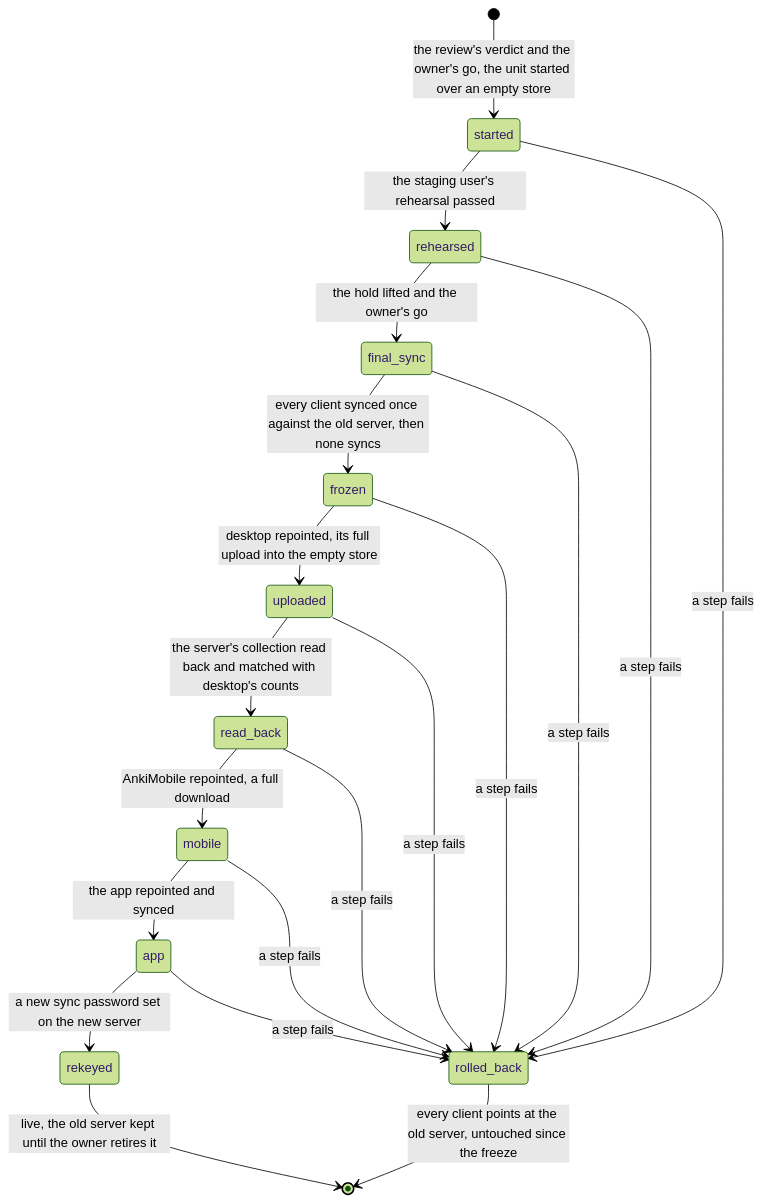
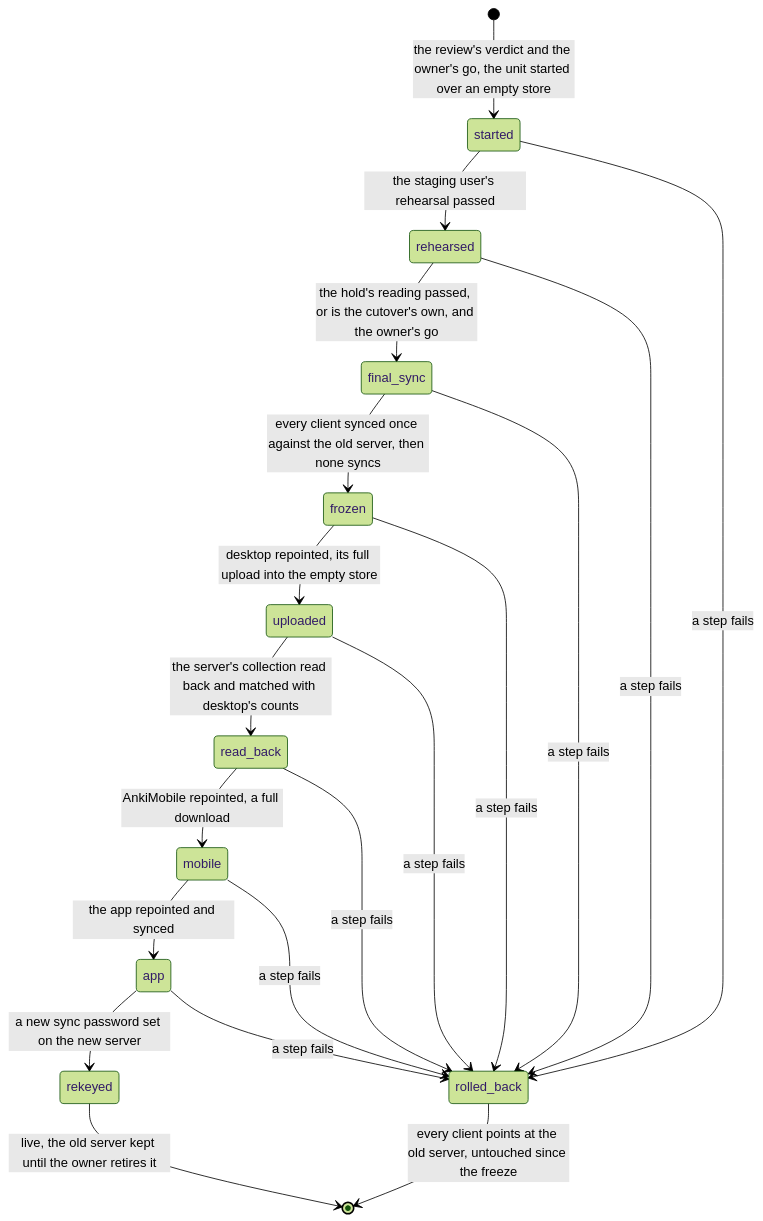
Before and after one commit to RexRenatus/deck-streak: the second of 2 diagrams in docs/schematics/sync-server-packaging-and-cutover.md, drawn with Mermaid (forest theme). The commit also changed other lines of this file and 11 other files, not shown here.

````diff
--- a/docs/schematics/sync-server-packaging-and-cutover.md
+++ b/docs/schematics/sync-server-packaging-and-cutover.md
@@ -67,22 +68,22 @@
 ```mermaid
 stateDiagram-v2
   [*] --> started: the review's verdict and the owner's go, the unit started over an empty store
   started --> rehearsed: the staging user's rehearsal passed
-  rehearsed --> final_sync: the hold lifted and the owner's go
+  rehearsed --> final_sync: the hold's reading passed, or is the cutover's own, and the owner's go
   final_sync --> frozen: every client synced once against the old server, then none syncs
   frozen --> uploaded: desktop repointed, its full upload into the empty store
   uploaded --> read_back: the server's collection read back and matched with desktop's counts
   read_back --> mobile: AnkiMobile repointed, a full download
   mobile --> app: the app repointed and synced
   app --> rekeyed: a new sync password set on the new server
   rekeyed --> [*]: live, the old server kept until the owner retires it
   started --> rolled_back: a step fails
   rehearsed --> rolled_back: a step fails
   final_sync --> rolled_back: a step fails
   frozen --> rolled_back: a step fails
   uploaded --> rolled_back: a step fails
   read_back --> rolled_back: a step fails
   mobile --> rolled_back: a step fails
   app --> rolled_back: a step fails
   rolled_back --> [*]: every client points at the old server, untouched since the freeze
 ```
````
